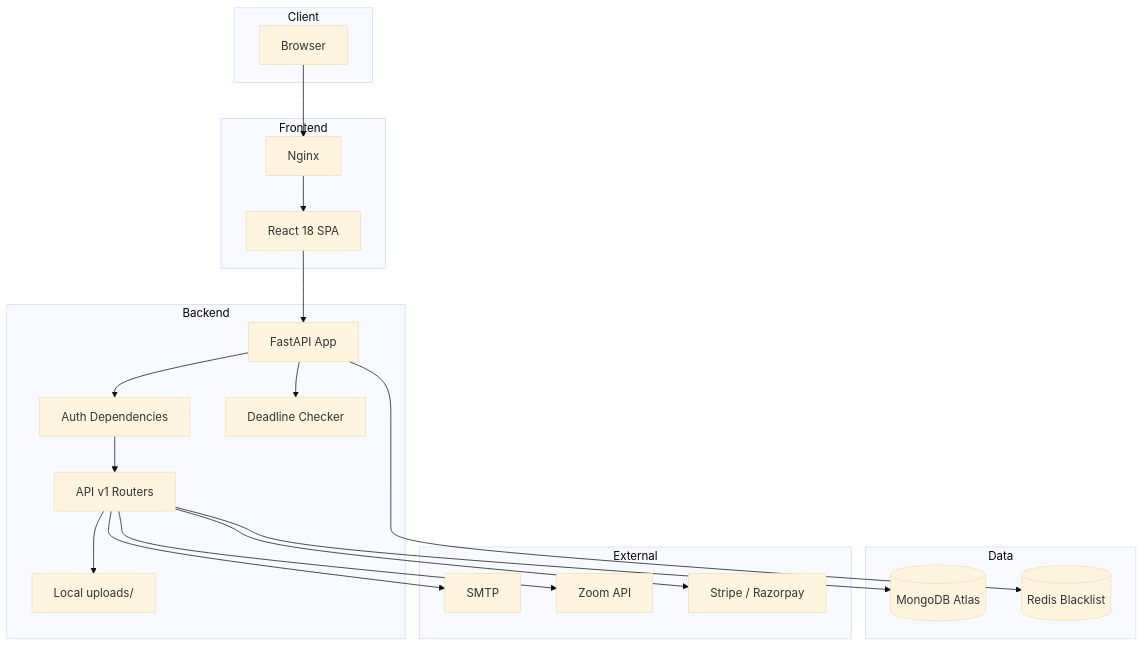
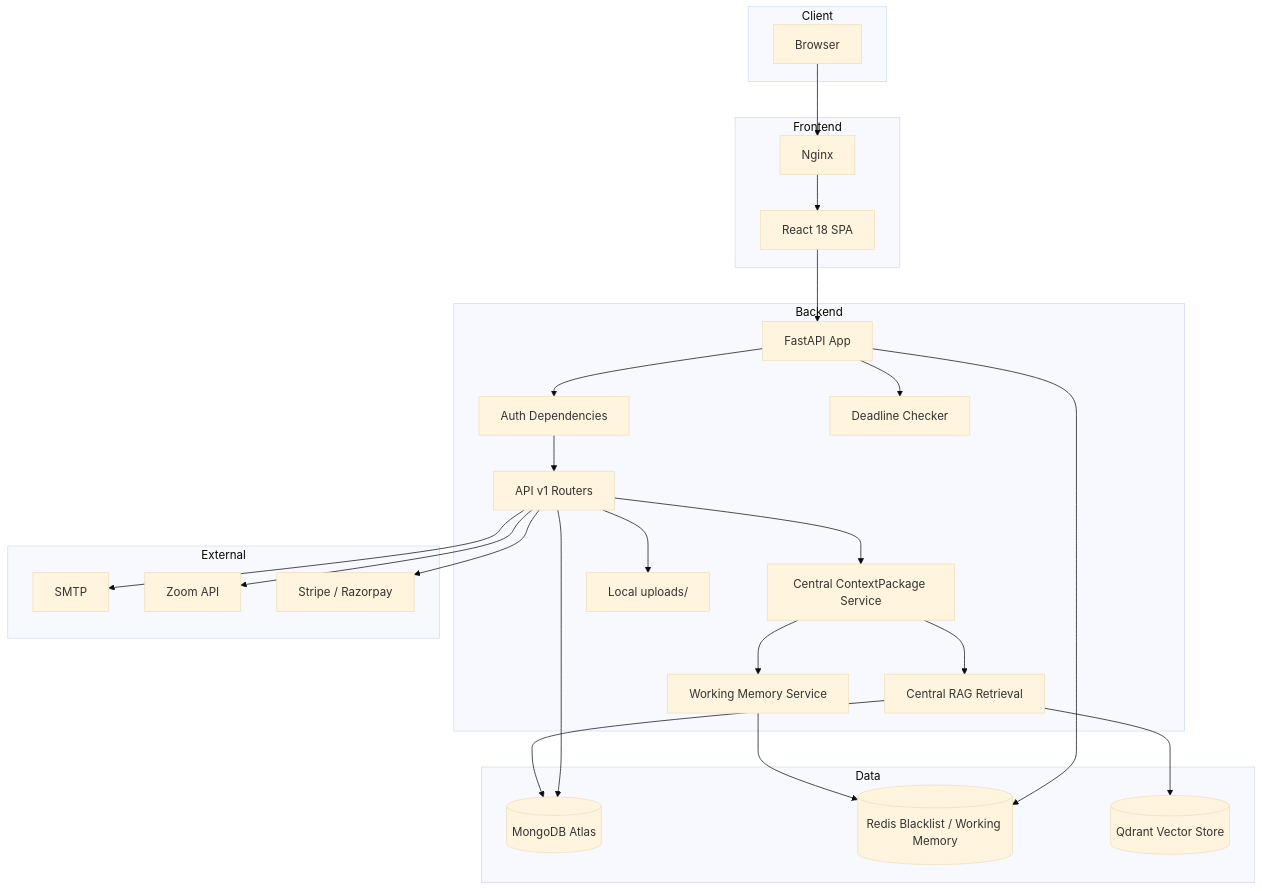
The first of 4 diagrams in docs/diagrams/architecture.md (Shivakushwah143/SynTask), drawn with Mermaid (base theme) before and after one commit. The commit also changed other lines of this file and 11 other files, not shown here.

````diff
--- a/docs/diagrams/architecture.md
+++ b/docs/diagrams/architecture.md
@@ -3,41 +3,51 @@
 ```mermaid
 flowchart TB
     subgraph Client
         Browser[Browser]
     end
 
     subgraph Frontend
         Nginx[Nginx]
         React[React 18 SPA]
     end
 
     subgraph Backend
         FastAPI[FastAPI App]
         Auth[Auth Dependencies]
         Routers[API v1 Routers]
+        ContextPackage[Central ContextPackage Service]
+        WorkingMemory[Working Memory Service]
+        RAG[Central RAG Retrieval]
         Uploads[Local uploads/]
         Deadline[Deadline Checker]
     end
 
     subgraph Data
         Mongo[(MongoDB Atlas)]
-        Redis[(Redis Blacklist)]
+        Redis[(Redis Blacklist / Working Memory)]
+        Qdrant[(Qdrant Vector Store)]
     end
 
     subgraph External
         SMTP[SMTP]
         Zoom[Zoom API]
         Payments[Stripe / Razorpay]
     end
 
     Browser --> Nginx --> React
     React --> FastAPI
     FastAPI --> Auth --> Routers
+    Routers --> ContextPackage
+    ContextPackage --> WorkingMemory
+    ContextPackage --> RAG
+    WorkingMemory --> Redis
+    RAG --> Qdrant
+    RAG --> Mongo
     Routers --> Mongo
     FastAPI --> Redis
     Routers --> Uploads
     FastAPI --> Deadline
     Routers --> SMTP
     Routers --> Zoom
     Routers --> Payments
 ```
````
